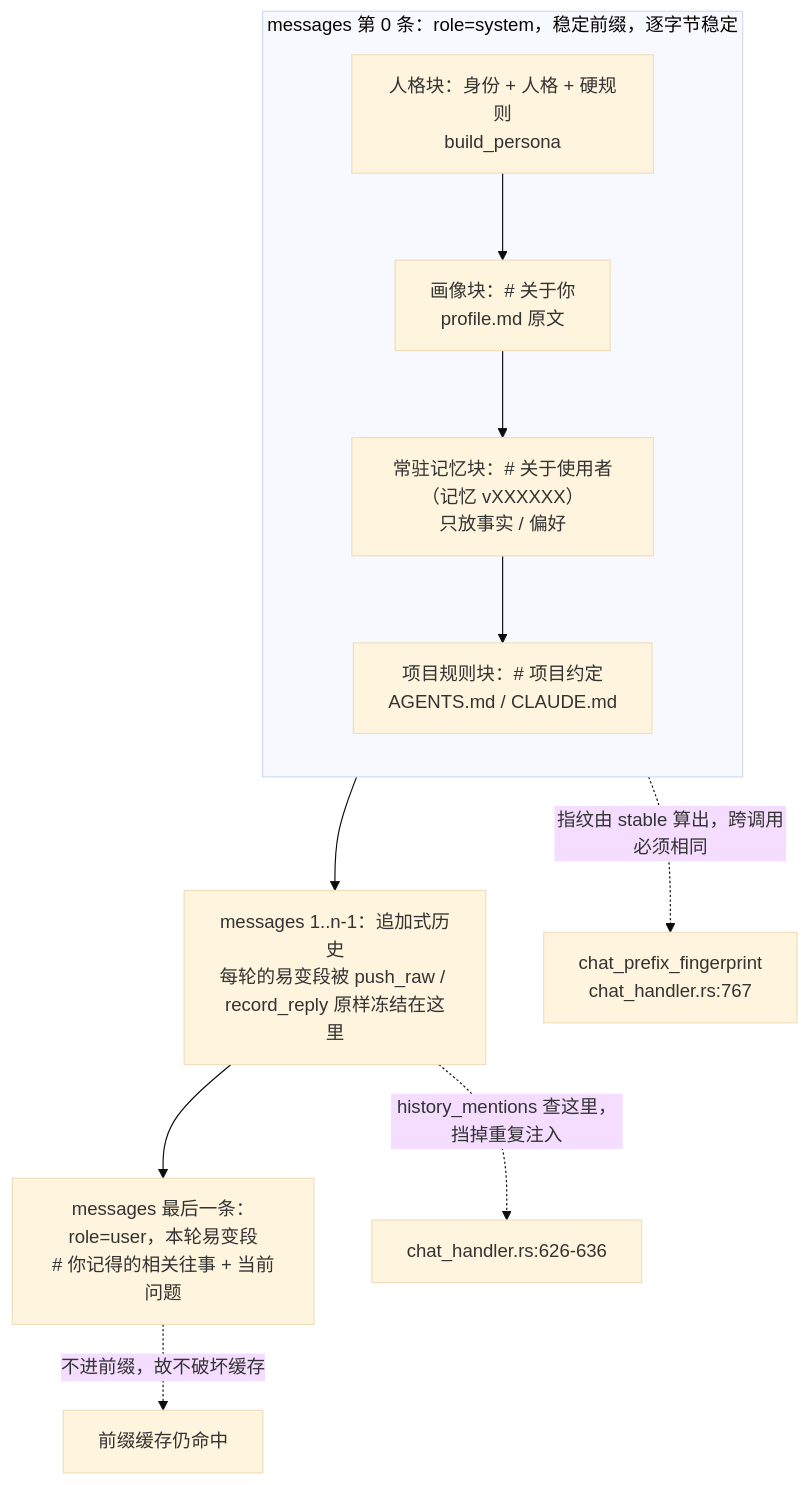
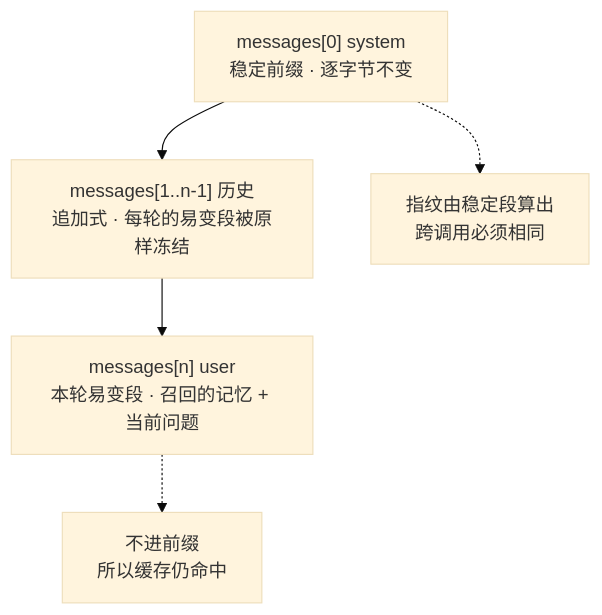
One commit to sjxbbdb/YunXi-Bot changed the third of 5 diagrams in README.md. Above: the diagram before and after it, drawn with Mermaid (base theme). The commit also changed other lines of this file, not shown here.

First line of the commit message:
README 加回全链路架构图 + 修掉几处低报（D130）

````diff
--- a/README.md
+++ b/README.md
@@ -156,18 +249,7 @@
 ```mermaid
 flowchart TD
-    subgraph SYS["messages 第 0 条：role=system，稳定前缀，逐字节稳定"]
-        direction TB
-        A1["人格块：身份 + 人格 + 硬规则<br/>build_persona"]
-        A2["画像块：# 关于你<br/>profile.md 原文"]
-        A3["常驻记忆块：# 关于使用者（记忆 vXXXXXX）<br/>只放事实 / 偏好"]
-        A4["项目规则块：# 项目约定<br/>AGENTS.md / CLAUDE.md"]
-        A1 --> A2 --> A3 --> A4
-    end
-
-    SYS --> H["messages 1..n-1：追加式历史<br/>每轮的易变段被 push_raw / record_reply 原样冻结在这里"]
-    H --> V["messages 最后一条：role=user，本轮易变段<br/># 你记得的相关往事 + 当前问题"]
-
-    SYS -. "指纹由 stable 算出，跨调用必须相同" .-> FP["chat_prefix_fingerprint<br/>chat_handler.rs:767"]
-    H -. "history_mentions 查这里，挡掉重复注入" .-> DEDUP["chat_handler.rs:626-636"]
-    V -. "不进前缀，故不破坏缓存" .-> CACHE["前缀缓存仍命中"]
+    S["messages[0] system<br/>稳定前缀 · 逐字节不变"] --> H["messages[1..n-1] 历史<br/>追加式 · 每轮的易变段被原样冻结"]
+    H --> V["messages[n] user<br/>本轮易变段 · 召回的记忆 + 当前问题"]
+    S -.-> F["指纹由稳定段算出<br/>跨调用必须相同"]
+    V -.-> C["不进前缀<br/>所以缓存仍命中"]
 ```
````
